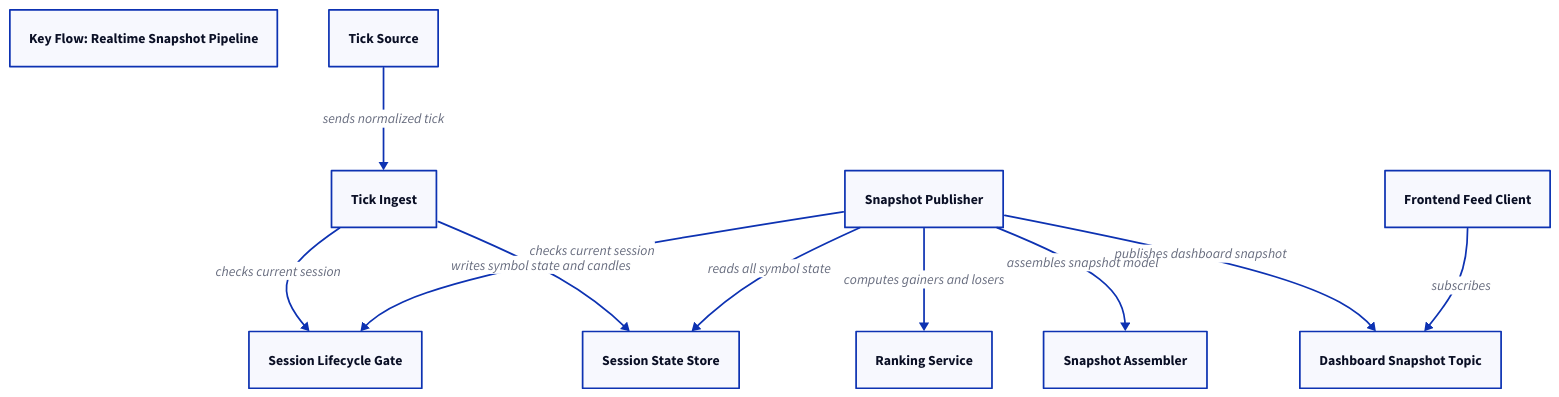
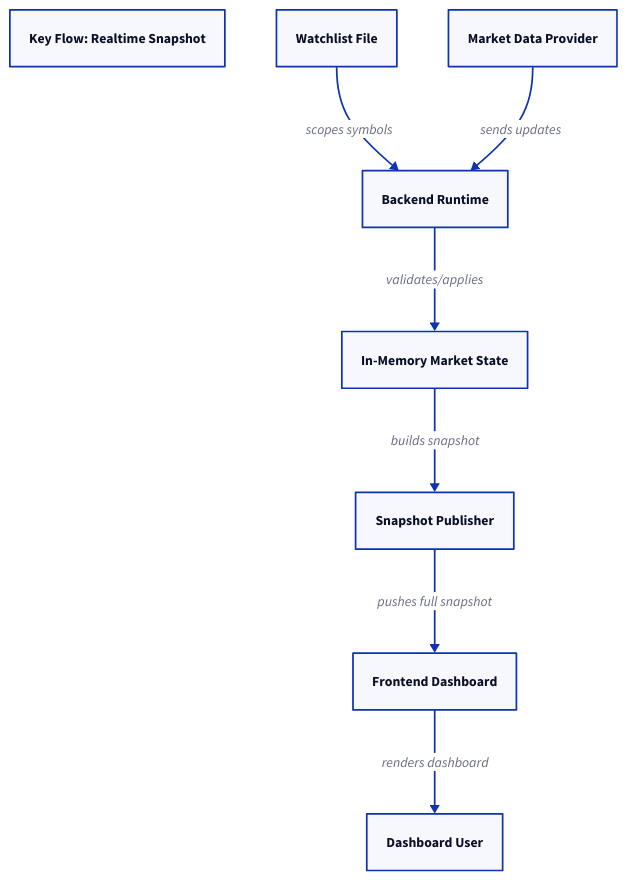
One commit to TeroTS/stock-dashboard changed the diagram in docs/diagrams/key_flow_realtime_snapshot.d2. Above: the diagram before and after it, drawn with D2. The commit also changed 12 other files, not shown here.

```diff
--- a/docs/diagrams/key_flow_realtime_snapshot.d2
+++ b/docs/diagrams/key_flow_realtime_snapshot.d2
@@ -1,21 +1,16 @@
-title: Key Flow: Realtime Snapshot Pipeline
+title: Key Flow: Realtime Snapshot
 
-tick_source: "Tick Source"
-tick_ingest: "Tick Ingest"
-session_lifecycle: "Session Lifecycle Gate"
-session_state: "Session State Store"
-ranking: "Ranking Service"
-snapshot_builder: "Snapshot Assembler"
-snapshot_publisher: "Snapshot Publisher"
-topic: "Dashboard Snapshot Topic"
-frontend: "Frontend Feed Client"
+provider: "Market Data Provider"
+watchlist: "Watchlist File"
+runtime: "Backend Runtime"
+state: "In-Memory Market State"
+publisher: "Snapshot Publisher"
+frontend: "Frontend Dashboard"
+user: "Dashboard User"
 
-tick_source -> tick_ingest: sends normalized tick
-tick_ingest -> session_lifecycle: checks current session
-tick_ingest -> session_state: writes symbol state and candles
-snapshot_publisher -> session_lifecycle: checks current session
-snapshot_publisher -> session_state: reads all symbol state
-snapshot_publisher -> ranking: computes gainers and losers
-snapshot_publisher -> snapshot_builder: assembles snapshot model
-snapshot_publisher -> topic: publishes dashboard snapshot
-frontend -> topic: subscribes
+watchlist -> runtime: scopes symbols
+provider -> runtime: sends updates
+runtime -> state: validates/applies
+state -> publisher: builds snapshot
+publisher -> frontend: pushes full snapshot
+frontend -> user: renders dashboard
```
